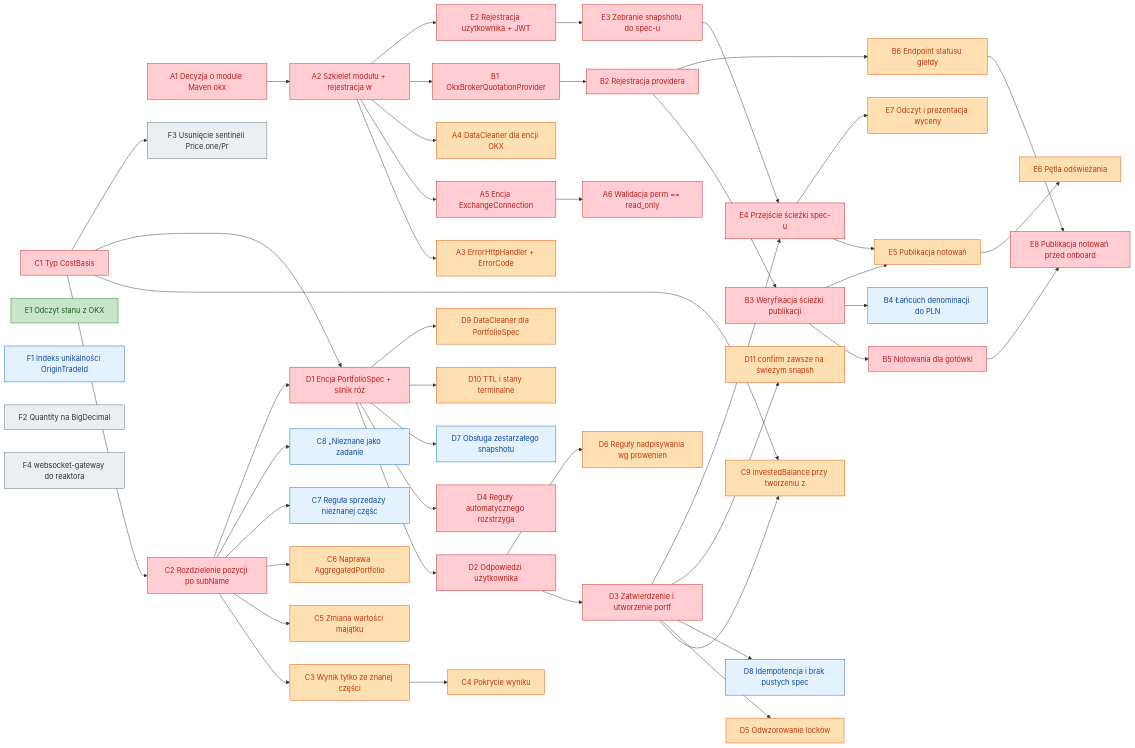
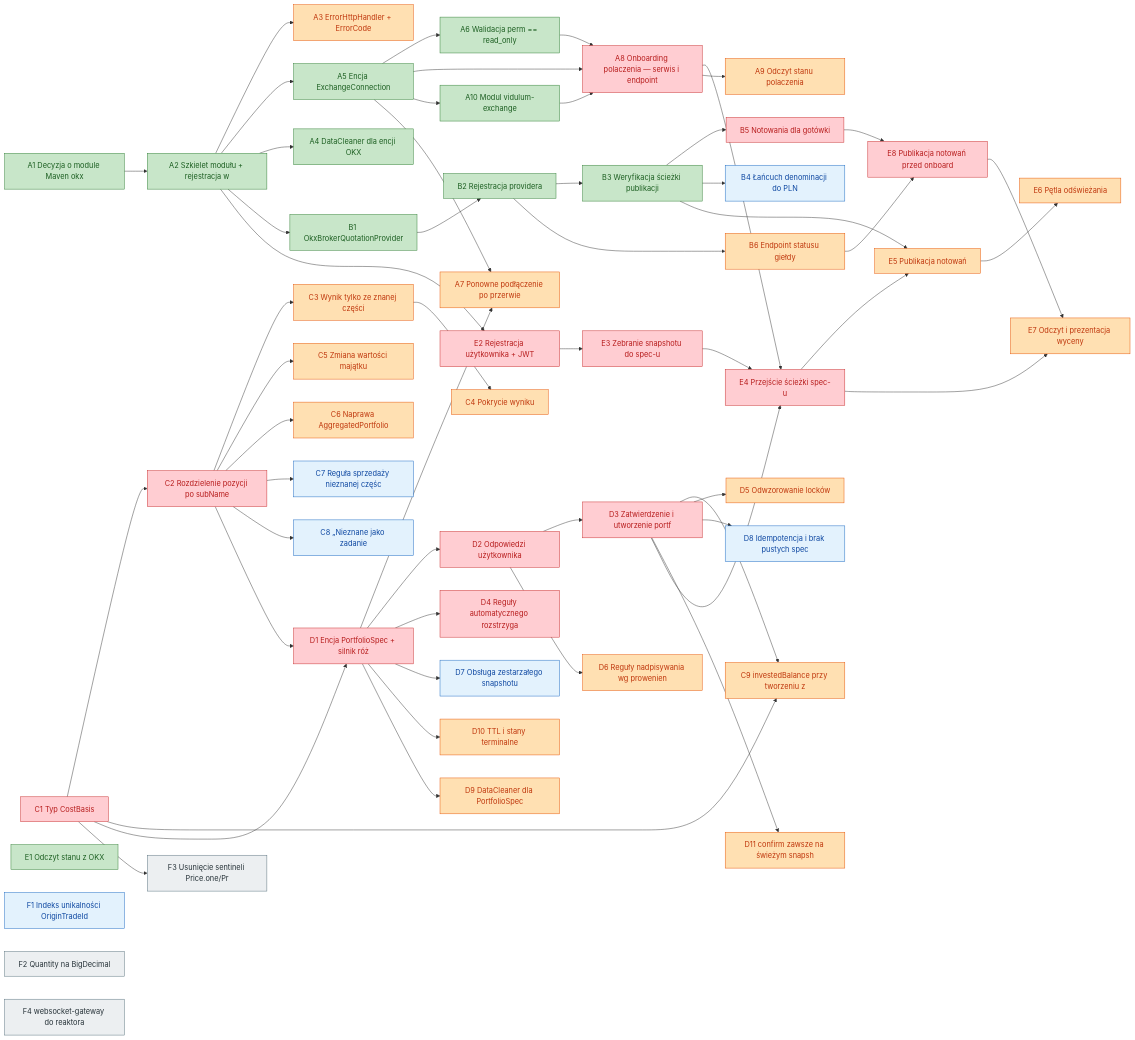
Before and after one commit to lu92/vidulum: the diagram in docs/features-backlog/2026-09-18-okx-tasks.md, drawn with Mermaid. The commit also changed other lines of this file and 40 other files, not shown here.

Commit message:
VID-173: Introduce vidulum-exchange connection model and vidulum-okx quotation provider (#172)

````diff
--- a/docs/features-backlog/2026-09-18-okx-tasks.md
+++ b/docs/features-backlog/2026-09-18-okx-tasks.md
@@ -128,15 +136,19 @@
     classDef p3 fill:#ECEFF1,stroke:#546E7A,color:#263238
     classDef done fill:#C8E6C9,stroke:#2E7D32,color:#1B5E20
 
-    A1["A1 Decyzja o module Maven okx"]:::p0
-    A2["A2 Szkielet modułu + rejestracja w "]:::p0
+    A1["A1 Decyzja o module Maven okx"]:::done
+    A2["A2 Szkielet modułu + rejestracja w "]:::done
     A3["A3 ErrorHttpHandler + ErrorCode"]:::p1
-    A5["A5 Encja ExchangeConnection"]:::p0
-    A6["A6 Walidacja perm == read_only"]:::p0
-    A4["A4 DataCleaner dla encji OKX"]:::p1
-    B1["B1 OkxBrokerQuotationProvider"]:::p0
-    B2["B2 Rejestracja providera"]:::p0
-    B3["B3 Weryfikacja ścieżki publikacji"]:::p0
+    A5["A5 Encja ExchangeConnection"]:::done
+    A6["A6 Walidacja perm == read_only"]:::done
+    A10["A10 Modul vidulum-exchange"]:::done
+    A8["A8 Onboarding polaczenia — serwis i endpoint"]:::p0
+    A9["A9 Odczyt stanu polaczenia"]:::p1
+    A4["A4 DataCleaner dla encji OKX"]:::done
+    A7["A7 Ponowne podłączenie po przerwie"]:::p1
+    B1["B1 OkxBrokerQuotationProvider"]:::done
+    B2["B2 Rejestracja providera"]:::done
+    B3["B3 Weryfikacja ścieżki publikacji"]:::done
     B5["B5 Notowania dla gotówki"]:::p0
     B6["B6 Endpoint statusu giełdy"]:::p1
     B4["B4 Łańcuch denominacji do PLN"]:::p2
@@ -177,7 +189,15 @@
     A2 --> A3
     A2 --> A5
     A5 --> A6
+    A5 --> A8
+    A5 --> A10
+    A10 --> A8
+    A6 --> A8
+    A8 --> E4
+    A8 --> A9
     A2 --> A4
+    A5 --> A7
+    D1 --> A7
     A2 --> B1
     B1 --> B2
     B2 --> B3
@@ -215,5 +235,6 @@
     E4 --> E5
     E5 --> E6
     E4 --> E7
+    E8 --> E7
     C1 --> F3
 ```
````
